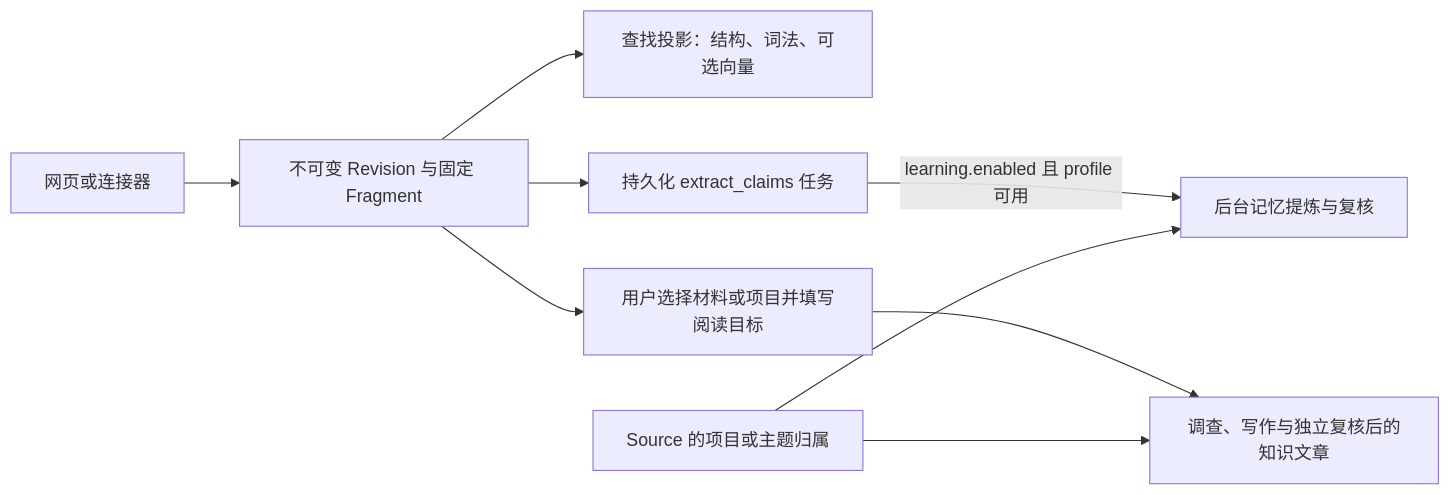
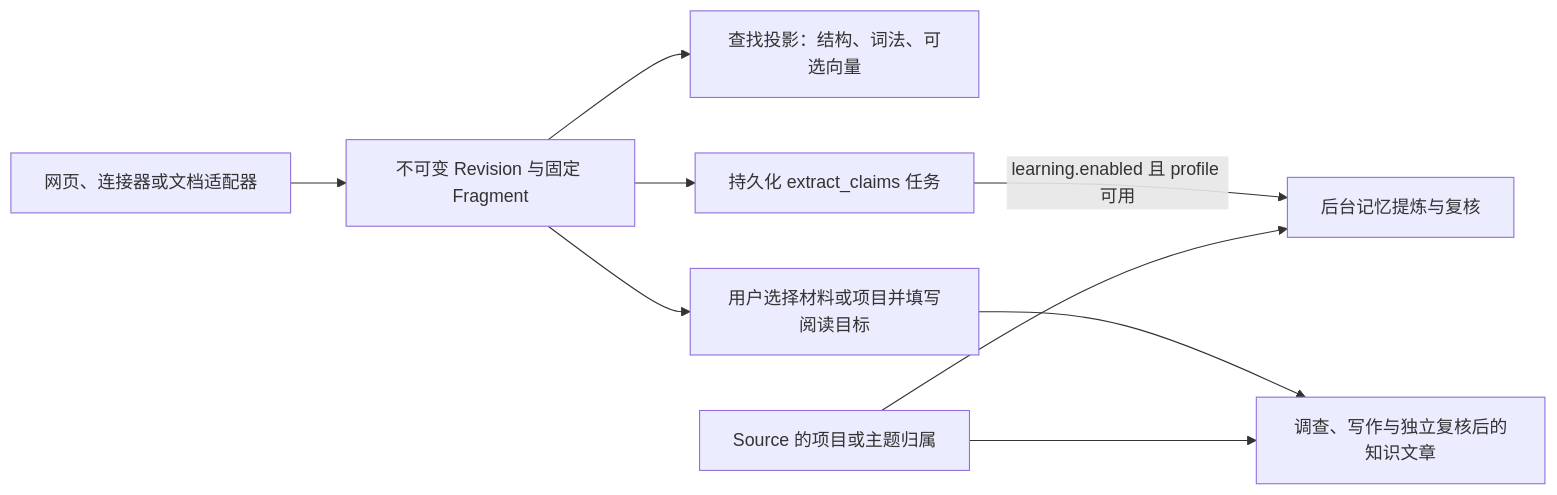
The diagram in .repo-review/knowledge/articles/08e8de8e7788195db049c6fb0184ebc7888d9ec16a991ed19523deb074181035.md (lejunyang/omem), drawn with Mermaid before and after one commit. The commit also changed other lines of this file and 5 other files, not shown here.

````diff
--- a/.repo-review/knowledge/articles/08e8de8e7788195db049c6fb0184ebc7888d9ec16a991ed19523deb074181035.md
+++ b/.repo-review/knowledge/articles/08e8de8e7788195db049c6fb0184ebc7888d9ec16a991ed19523deb074181035.md
@@ -71,11 +70,11 @@
 ```mermaid
 flowchart LR
-  I[网页或连接器] --> R[不可变 Revision 与固定 Fragment]
+  I[网页、连接器或文档适配器] --> R[不可变 Revision 与固定 Fragment]
   R --> S[查找投影：结构、词法、可选向量]
   R --> J[持久化 extract_claims 任务]
   J -->|learning.enabled 且 profile 可用| M[后台记忆提炼与复核]
   R --> P[用户选择材料或项目并填写阅读目标]
   P --> K[调查、写作与独立复核后的知识文章]
   C[Source 的项目或主题归属] --> M
   C --> K
 ```
````
